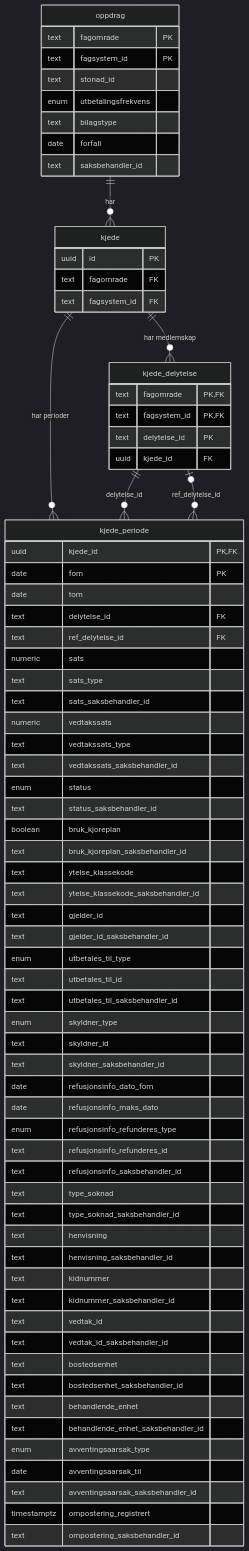
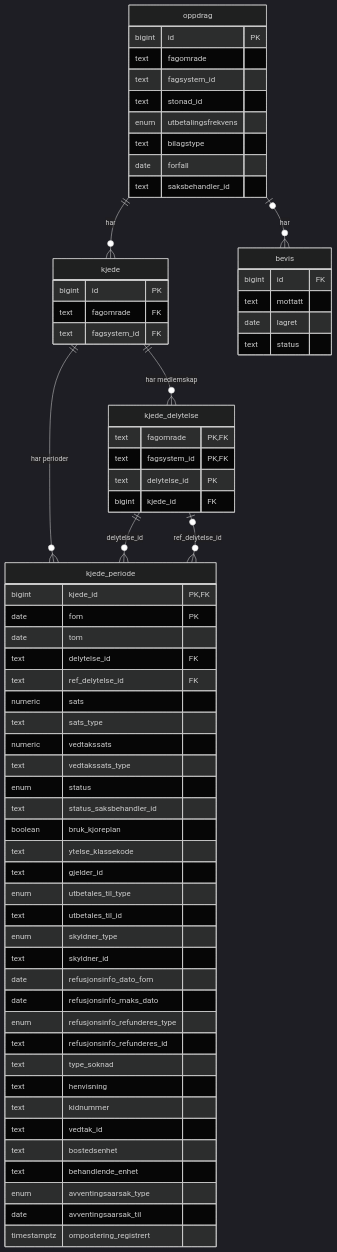
Before and after one commit to navikt/beregningsplattformen: the first of 4 diagrams in dokumentasjon/sammenligning-databasemodeller.md, drawn with Mermaid (dark theme). The commit also changed other lines of this file, not shown here.

Commit message:
Fjern saksbehandler_id, klargjør noe tekst, vis bevistabell eksplisitt

````diff
--- a/dokumentasjon/sammenligning-databasemodeller.md
+++ b/dokumentasjon/sammenligning-databasemodeller.md
@@ -98,78 +100,70 @@
 ```mermaid
 erDiagram
     oppdrag ||--o{ kjede : "har"
+    oppdrag |o--o{ bevis : "har"
     kjede ||--o{ kjede_delytelse : "har medlemskap"
     kjede ||--o{ kjede_periode : "har perioder"
     kjede_delytelse ||--o{ kjede_periode : "delytelse_id"
     kjede_delytelse |o--o{ kjede_periode : "ref_delytelse_id"
 
     oppdrag {
-        text fagomrade PK
-        text fagsystem_id PK
+        bigint id PK
+        text fagomrade 
+        text fagsystem_id 
         text stonad_id
         enum utbetalingsfrekvens
         text bilagstype
         date forfall
         text saksbehandler_id
     }
+    bevis {
+        bigint id FK
+        text mottatt
+        date lagret
+        text status
+    }
     kjede {
-        uuid id PK
+        bigint id PK
         text fagomrade FK
         text fagsystem_id FK
     }
     kjede_delytelse {
         text fagomrade PK, FK
         text fagsystem_id PK, FK
         text delytelse_id PK
-        uuid kjede_id FK
+        bigint kjede_id FK
     }
     kjede_periode {
-        uuid kjede_id PK, FK
+        bigint kjede_id PK, FK
         date fom PK
         date tom
         text delytelse_id FK
         text ref_delytelse_id FK
         numeric sats
         text sats_type
-        text sats_saksbehandler_id
         numeric vedtakssats
         text vedtakssats_type
-        text vedtakssats_saksbehandler_id
         enum status
         text status_saksbehandler_id
         boolean bruk_kjoreplan
-        text bruk_kjoreplan_saksbehandler_id
         text ytelse_klassekode
-        text ytelse_klassekode_saksbehandler_id
         text gjelder_id
-        text gjelder_id_saksbehandler_id
         enum utbetales_til_type
         text utbetales_til_id
-        text utbetales_til_saksbehandler_id
         enum skyldner_type
         text skyldner_id
-        text skyldner_saksbehandler_id
         date refusjonsinfo_dato_fom
         date refusjonsinfo_maks_dato
         enum refusjonsinfo_refunderes_type
         text refusjonsinfo_refunderes_id
-        text refusjonsinfo_saksbehandler_id
         text type_soknad
-        text type_soknad_saksbehandler_id
         text henvisning
-        text henvisning_saksbehandler_id
         text kidnummer
-        text kidnummer_saksbehandler_id
         text vedtak_id
-        text vedtak_id_saksbehandler_id
         text bostedsenhet
-        text bostedsenhet_saksbehandler_id
         text behandlende_enhet
-        text behandlende_enhet_saksbehandler_id
         enum avventingsaarsak_type
         date avventingsaarsak_til
-        text avventingsaarsak_saksbehandler_id
         timestamptz ompostering_registrert
-        text ompostering_saksbehandler_id
     }
 ```
````
